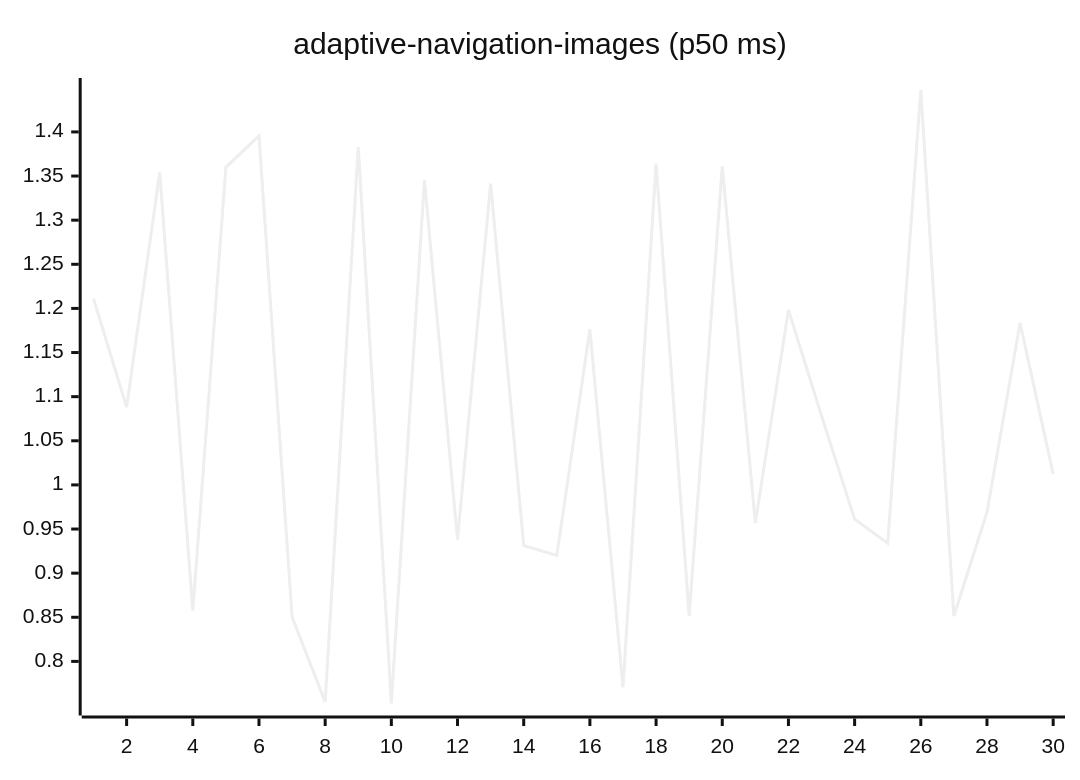
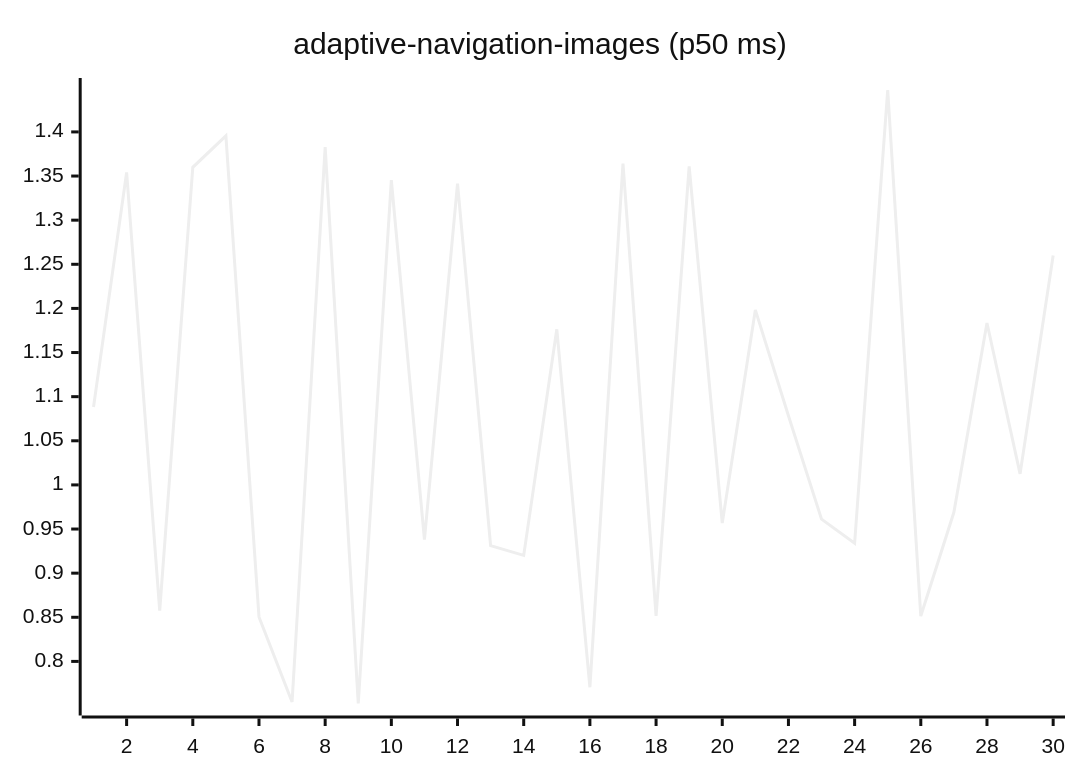
Before and after one commit to josha/Facet: the first of 27 diagrams in README.md, drawn with Mermaid (neutral theme). The commit also changed other lines of this file and 2 other files, not shown here.

````diff
--- a/README.md
+++ b/README.md
@@ -63,6 +63,6 @@
 ```mermaid
 xychart-beta
     title "adaptive-navigation-images (p50 ms)"
     x-axis 1 --> 30
-    line [1.2110, 1.0882, 1.3541, 0.8576, 1.3599, 1.3956, 0.8504, 0.7540, 1.3829, 0.7523, 1.3455, 0.9380, 1.3415, 0.9312, 0.9201, 1.1763, 0.7707, 1.3642, 0.8516, 1.3610, 0.9567, 1.1983, 1.0783, 0.9612, 0.9339, 1.4475, 0.8514, 0.9690, 1.1835, 1.0125]
+    line [1.0882, 1.3541, 0.8576, 1.3599, 1.3956, 0.8504, 0.7540, 1.3829, 0.7523, 1.3455, 0.9380, 1.3415, 0.9312, 0.9201, 1.1763, 0.7707, 1.3642, 0.8516, 1.3610, 0.9567, 1.1983, 1.0783, 0.9612, 0.9339, 1.4475, 0.8514, 0.9690, 1.1835, 1.0125, 1.2600]
 ```
````
